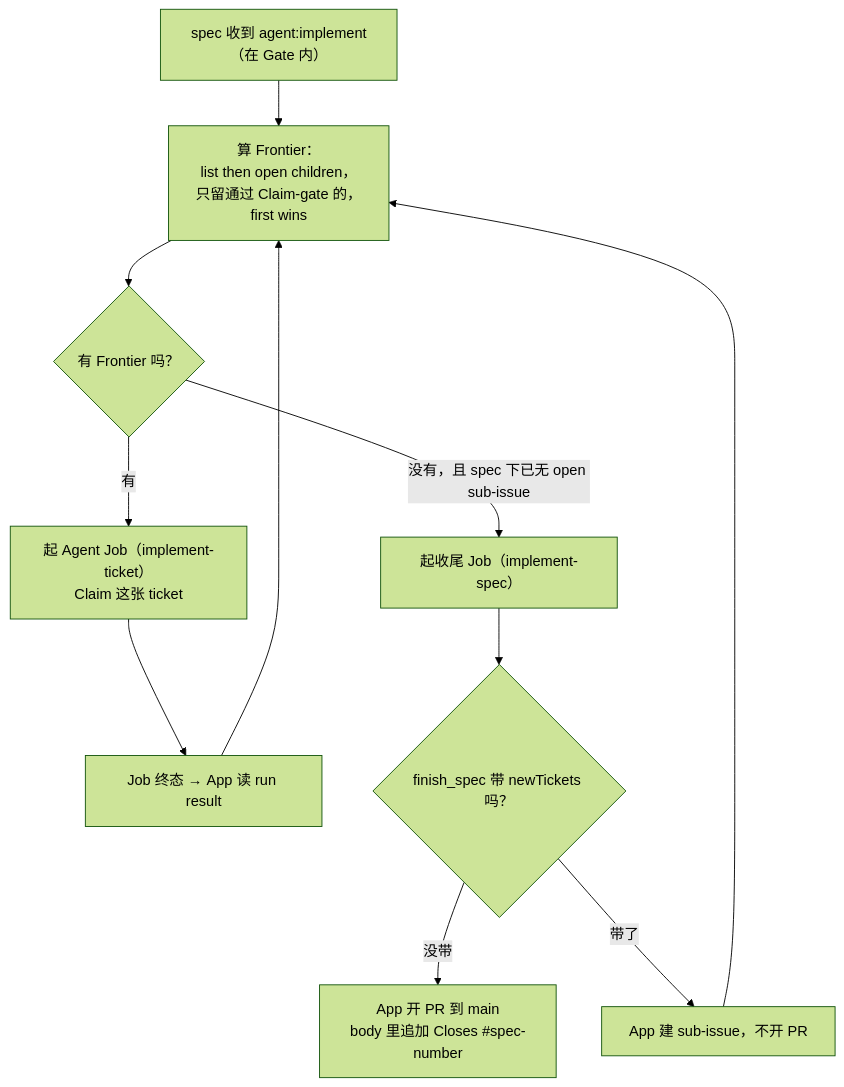
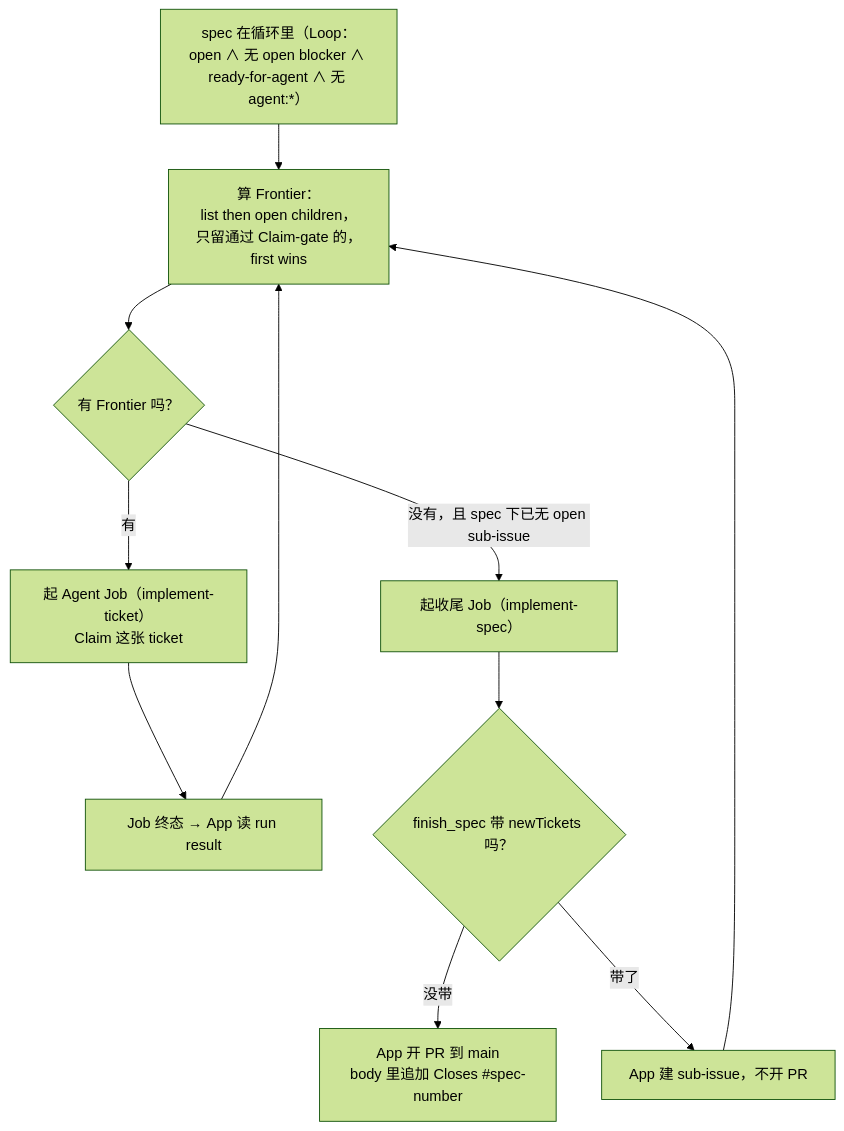
Before and after one commit to 2017fighting/remote-agent: the third of 9 diagrams in docs/architecture.md, drawn with Mermaid (forest theme). The commit also changed other lines of this file and 16 other files, not shown here.

````diff
--- a/docs/architecture.md
+++ b/docs/architecture.md
@@ -100,13 +100,13 @@
 ```mermaid
 flowchart TD
-    Start["spec 收到 agent:implement（在 Gate 内）"] --> F["算 Frontier：<br/>list then open children，<br/>只留通过 Claim-gate 的，<br/>first wins"]
+    Start["spec 在循环里（Loop：open ∧ 无 open blocker ∧ ready-for-agent ∧ 无 agent:*）"] --> F["算 Frontier：<br/>list then open children，<br/>只留通过 Claim-gate 的，<br/>first wins"]
     F --> Has{"有 Frontier 吗？"}
     Has -->|"有"| Job["起 Agent Job（implement-ticket）<br/>Claim 这张 ticket"]
     Job --> Read["Job 终态 → App 读 run result"]
     Read --> F
     Has -->|"没有，且 spec 下已无 open sub-issue"| Tail["起收尾 Job（implement-spec）"]
     Tail --> Done{"finish_spec 带 newTickets 吗？"}
     Done -->|"没带"| PR["App 开 PR 到 main<br/>body 里追加 Closes #spec-number"]
     Done -->|"带了"| Sub["App 建 sub-issue，不开 PR"]
     Sub --> F
 ```
````
